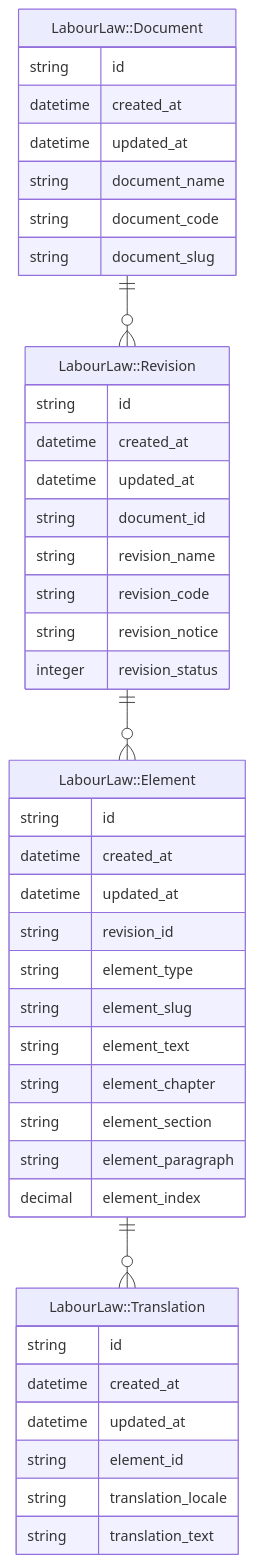
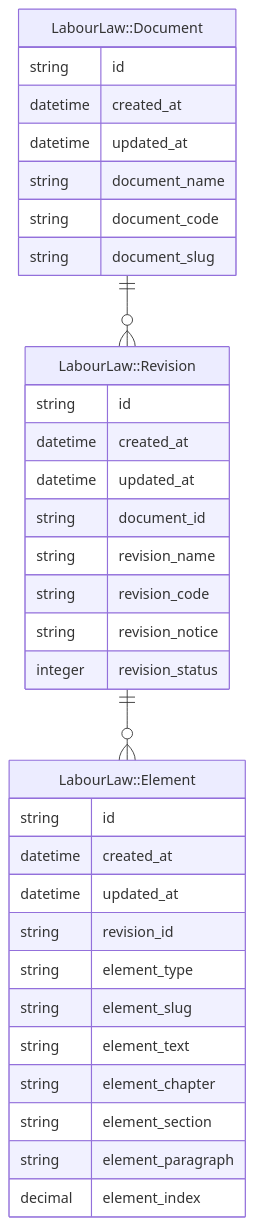
The diagram in app/pages/about/labour-law-module.en.md (henrycatalinismith/666a.se), drawn with Mermaid before and after one commit. The commit also changed 10 other files, not shown here.

Commit message:
Delete LabourLaw::Translation

```diff
--- a/app/pages/about/labour-law-module.en.md
+++ b/app/pages/about/labour-law-module.en.md
@@ -10,53 +10,42 @@
   <pre class="mermaid">
     erDiagram
 
       "LabourLaw::Document" {
           string id
           datetime created_at
           datetime updated_at
           string document_name
           string document_code
           string document_slug
       }
 
       "LabourLaw::Document" ||--o{ "LabourLaw::Revision" : ""
 
       "LabourLaw::Revision" {
           string id
           datetime created_at
           datetime updated_at
           string document_id
           string revision_name
           string revision_code
           string revision_notice
           integer revision_status
       }
 
       "LabourLaw::Revision" ||--o{ "LabourLaw::Element" : ""
 
       "LabourLaw::Element" {
           string id
           datetime created_at
           datetime updated_at
           string revision_id
           string element_type
           string element_slug
           string element_text
           string element_chapter 
           string element_section 
           string element_paragraph 
           decimal element_index
       }
 
-      "LabourLaw::Element" ||--o{ "LabourLaw::Translation" : ""
-
-      "LabourLaw::Translation" {
-          string id
-          datetime created_at
-          datetime updated_at
-          string element_id
-          string translation_locale
-          string translation_text
-      }
-
   </pre>
```
